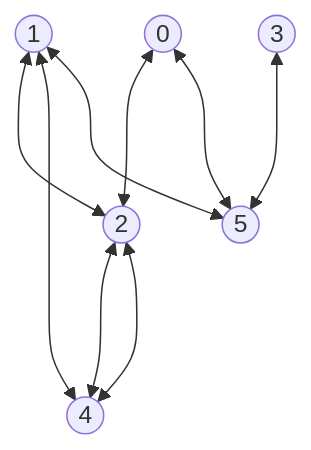
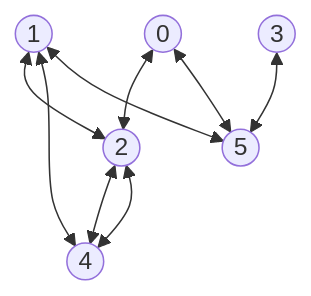
Before and after one commit to dantepedrosa/UFMG-DCC205: the second of 2 diagrams in ap7/readme.md, drawn with Mermaid. The commit also changed other lines of this file, not shown here.

Commit message:
Improved graph visualization

````diff
--- a/ap7/readme.md
+++ b/ap7/readme.md
@@ -73,11 +73,11 @@
 ```mermaid
 graph TD
-    A((0)) <---> C((2))
-    A((0)) <---> F((5))
-    B((1)) <---> C((2))
-    B((1)) <---> E((4))
-    B((1)) <---> F((5))
-    C((2)) <---> E((4))
-    D((3)) <---> F((5))
-    E((4)) <---> C((2))
+    A((0)) <--> C((2))
+    A((0)) <--> F((5))
+    B((1)) <--> C((2))
+    B((1)) <--> E((4))
+    B((1)) <--> F((5))
+    C((2)) <--> E((4))
+    D((3)) <--> F((5))
+    E((4)) <--> C((2))
 ```
````
